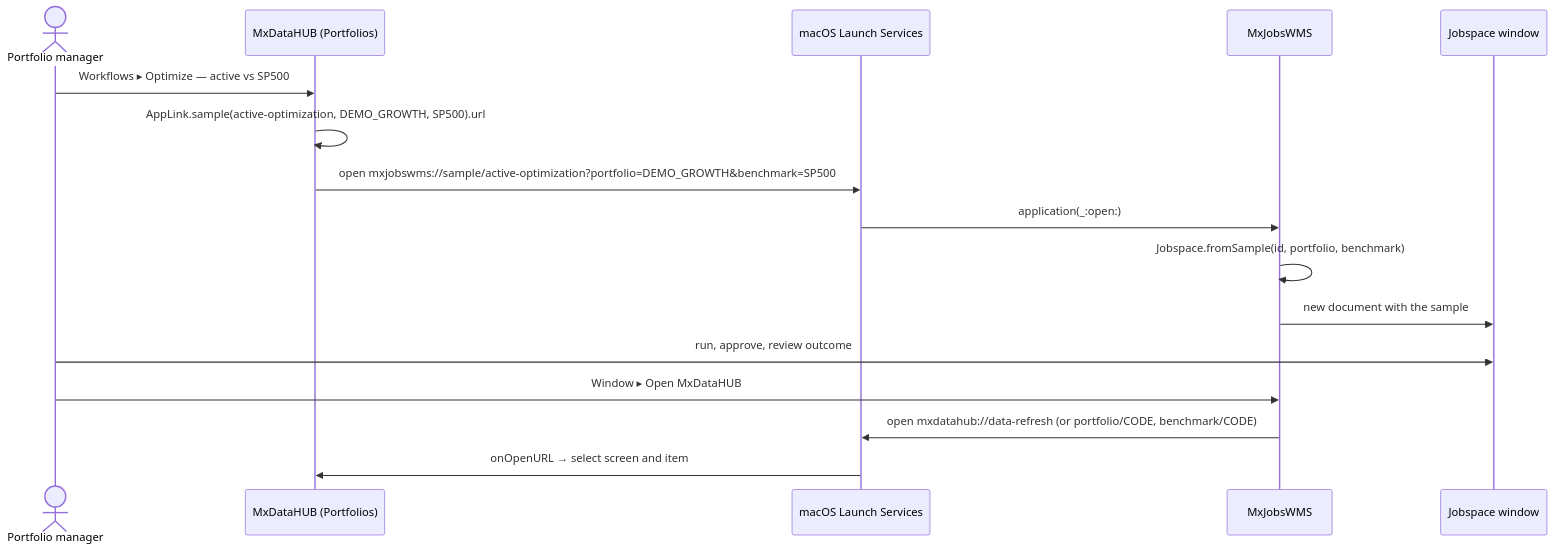
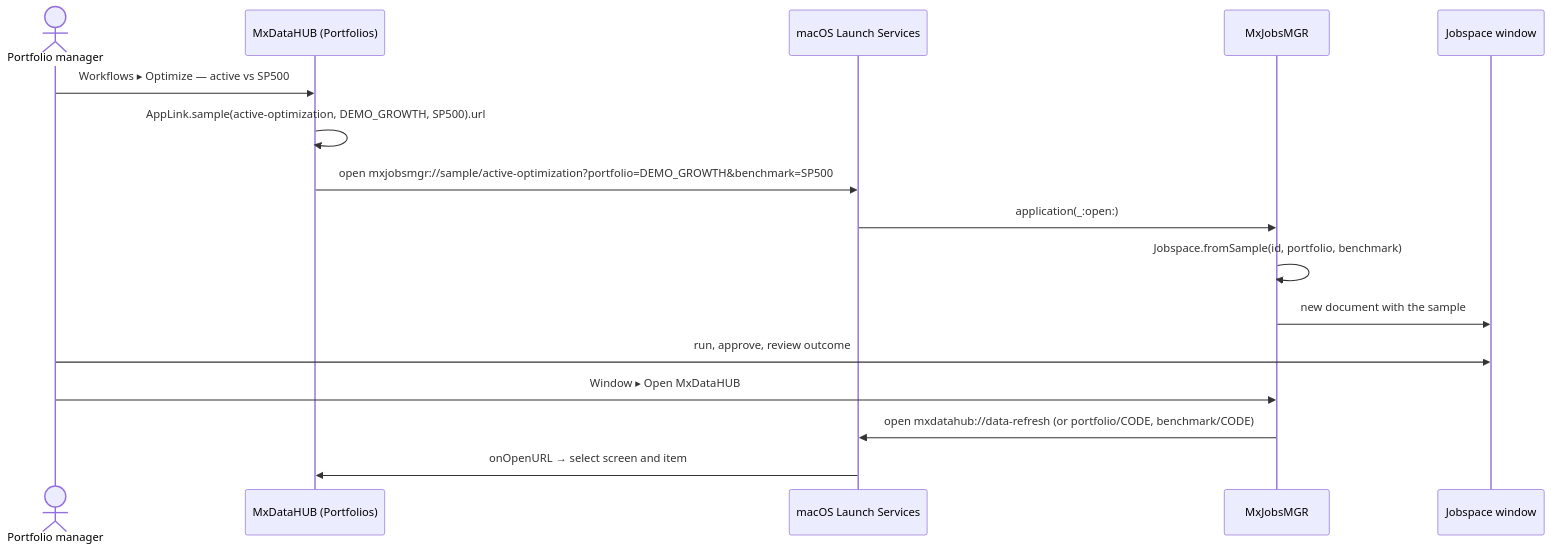
One commit to k3jdr/Public changed the seventh of 9 diagrams in MxAppsIDE/MxDataHUB/c4/workflows.md. Above: the diagram before and after it, drawn with Mermaid. The commit also changed other lines of this file and 425 other files, not shown here.

First line of the commit message:
MxAppsIDE: sync MxAppsIOS 5a70603 — MxJobsWMS is MxJobsMGR, MxPortMGR is MxAcctMGR

````diff
--- a/MxAppsIDE/MxDataHUB/c4/workflows.md
+++ b/MxAppsIDE/MxDataHUB/c4/workflows.md
@@ -187,19 +187,19 @@
 ```mermaid
 sequenceDiagram
     actor U as Portfolio manager
     participant H as MxDataHUB (Portfolios)
     participant OS as macOS Launch Services
-    participant W as MxJobsWMS
+    participant W as MxJobsMGR
     participant J as Jobspace window
 
     U->>H: Workflows ▸ Optimize — active vs SP500
     H->>H: AppLink.sample(active-optimization, DEMO_GROWTH, SP500).url
-    H->>OS: open mxjobswms://sample/active-optimization?portfolio=DEMO_GROWTH&benchmark=SP500
+    H->>OS: open mxjobsmgr://sample/active-optimization?portfolio=DEMO_GROWTH&benchmark=SP500
     OS->>W: application(_:open:)
     W->>W: Jobspace.fromSample(id, portfolio, benchmark)
     W->>J: new document with the sample
     U->>J: run, approve, review outcome
     U->>W: Window ▸ Open MxDataHUB
     W->>OS: open mxdatahub://data-refresh (or portfolio/CODE, benchmark/CODE)
     OS->>H: onOpenURL → select screen and item
 ```
````
